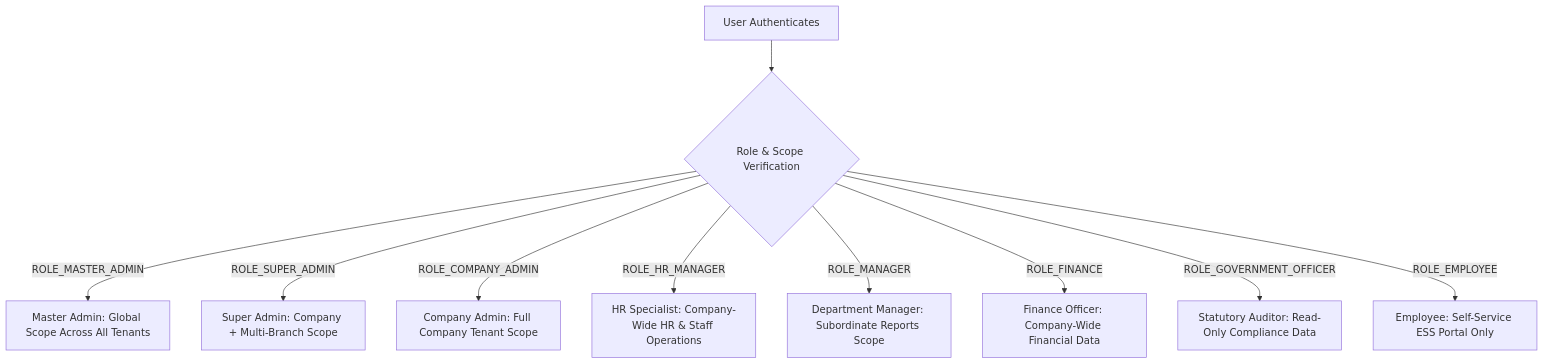
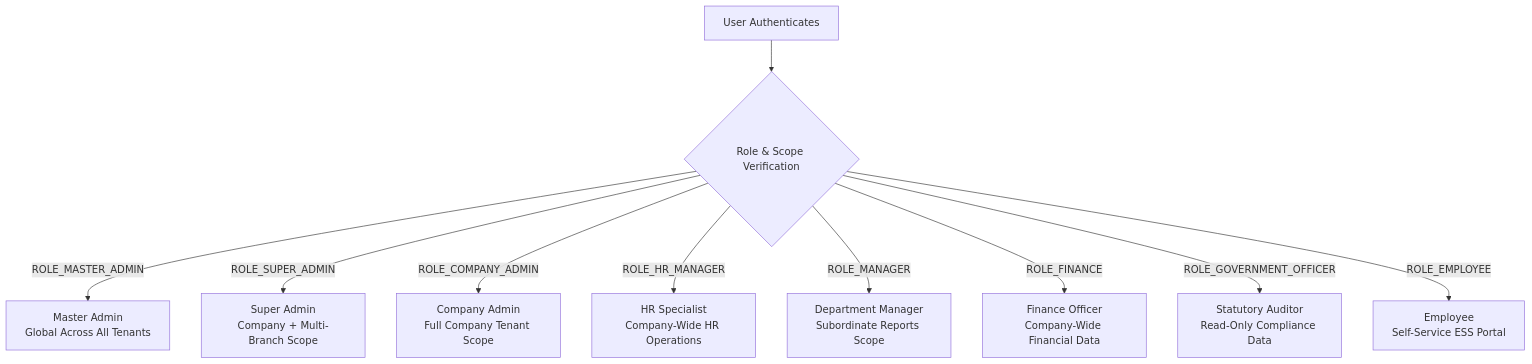
Before and after one commit to SRJ-GROUP/hubnest_user_guide: the third of 4 diagrams in docs/hrms/index.md, drawn with Mermaid. The commit also changed other lines of this file and 161 other files, not shown here.

Commit message:
feat: complete HubMeet suite, supervisor portal docs, diagram fixes, and interactive eye-button zoom modal

````diff
--- a/docs/hrms/index.md
+++ b/docs/hrms/index.md
@@ -211,13 +193,13 @@
 ```mermaid
-graph TD
-    User[User Authenticates] --> RoleCheck{Role & Scope Verification}
+flowchart TD
+    User["User Authenticates"] --> RoleCheck{"Role & Scope Verification"}
 
-    RoleCheck -->|ROLE_MASTER_ADMIN| ScopeAll[Master Admin: Global Scope Across All Tenants]
-    RoleCheck -->|ROLE_SUPER_ADMIN| ScopeSuper[Super Admin: Company + Multi-Branch Scope]
-    RoleCheck -->|ROLE_COMPANY_ADMIN| ScopeCo[Company Admin: Full Company Tenant Scope]
-    RoleCheck -->|ROLE_HR_MANAGER| ScopeHR[HR Specialist: Company-Wide HR & Staff Operations]
-    RoleCheck -->|ROLE_MANAGER| ScopeSub[Department Manager: Subordinate Reports Scope]
-    RoleCheck -->|ROLE_FINANCE| ScopeFin[Finance Officer: Company-Wide Financial Data]
-    RoleCheck -->|ROLE_GOVERNMENT_OFFICER| ScopeGov[Statutory Auditor: Read-Only Compliance Data]
-    RoleCheck -->|ROLE_EMPLOYEE| ScopeSelf[Employee: Self-Service ESS Portal Only]
+    RoleCheck -->|ROLE_MASTER_ADMIN| ScopeAll["Master Admin<br/>Global Across All Tenants"]
+    RoleCheck -->|ROLE_SUPER_ADMIN| ScopeSuper["Super Admin<br/>Company + Multi-Branch Scope"]
+    RoleCheck -->|ROLE_COMPANY_ADMIN| ScopeCo["Company Admin<br/>Full Company Tenant Scope"]
+    RoleCheck -->|ROLE_HR_MANAGER| ScopeHR["HR Specialist<br/>Company-Wide HR Operations"]
+    RoleCheck -->|ROLE_MANAGER| ScopeSub["Department Manager<br/>Subordinate Reports Scope"]
+    RoleCheck -->|ROLE_FINANCE| ScopeFin["Finance Officer<br/>Company-Wide Financial Data"]
+    RoleCheck -->|ROLE_GOVERNMENT_OFFICER| ScopeGov["Statutory Auditor<br/>Read-Only Compliance Data"]
+    RoleCheck -->|ROLE_EMPLOYEE| ScopeSelf["Employee<br/>Self-Service ESS Portal"]
 ```
````
